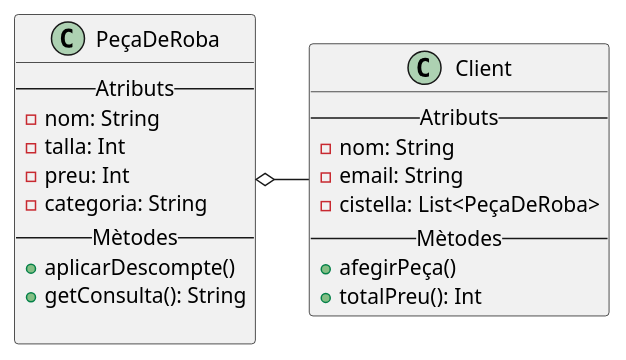
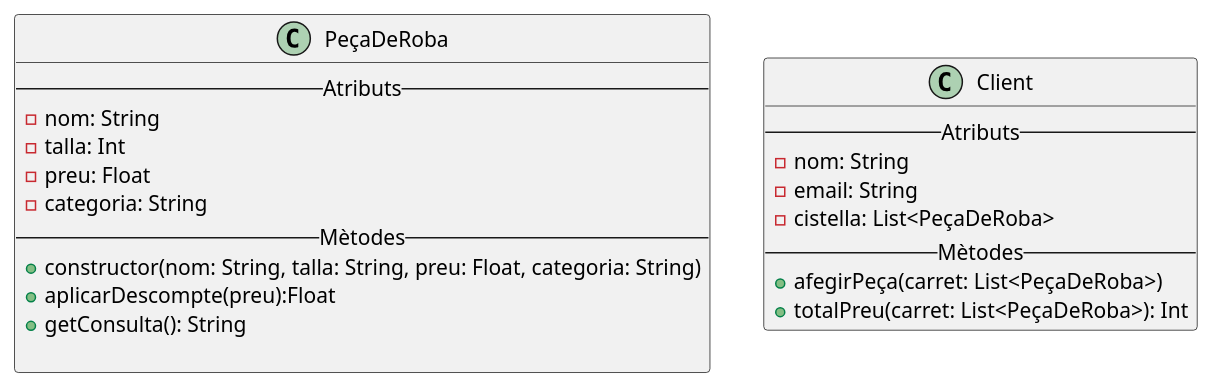
One commit to Guillermo-Mir/DissenyDiagrames changed the diagram in src/main/kotlin/uml/Ex4.puml. Above: the diagram before and after it, drawn with PlantUML. The commit also changed 3 other files, not shown here.

Commit message:
Commit UML mig fet

```diff
--- a/src/main/kotlin/uml/Ex4.puml
+++ b/src/main/kotlin/uml/Ex4.puml
@@ -1,27 +1,28 @@
 @startuml
 'https://plantuml.com/class-diagram
 
 class PeçaDeRoba {
     -- Atributs --
     - nom: String
     - talla: Int
-    - preu: Int
+    - preu: Float
     - categoria: String
     -- Mètodes --
-    + aplicarDescompte()
+     + constructor(nom: String, talla: String, preu: Float, categoria: String)
+    + aplicarDescompte(preu):Float
     + getConsulta(): String
 
 }
 
 class Client {
     -- Atributs --
     - nom: String
     - email: String
     - cistella: List<PeçaDeRoba>
     -- Mètodes --
-    + afegirPeça()
-    + totalPreu(): Int
+    + afegirPeça(carret: List<PeçaDeRoba>)
+    + totalPreu(carret: List<PeçaDeRoba>): Int
 }
-PeçaDeRoba o-right- Client
+
 
 @enduml
```
